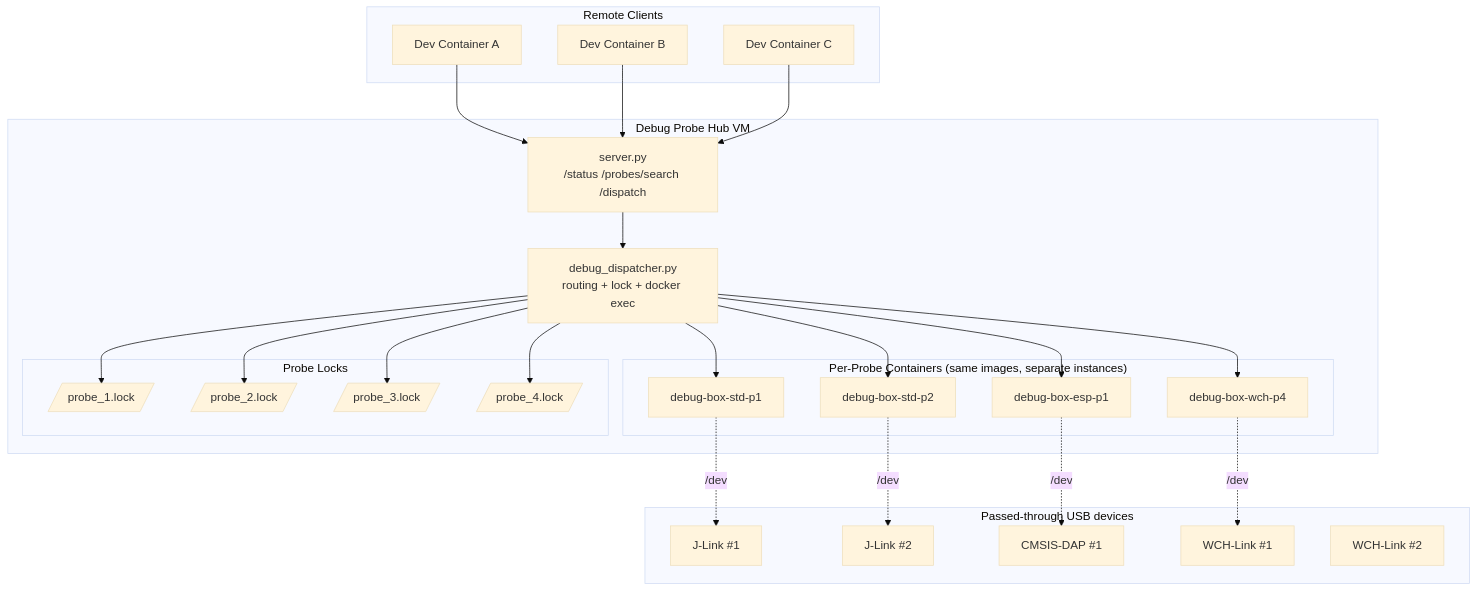
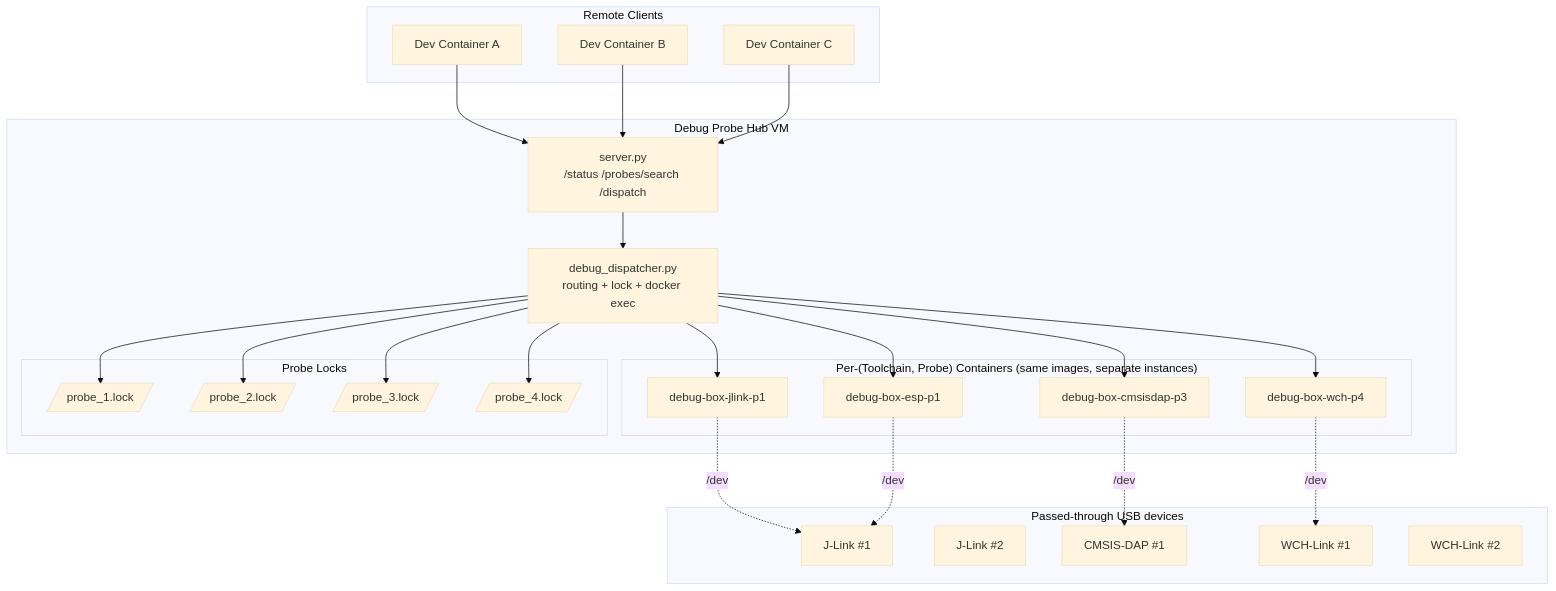
Before and after one commit to kazcomy/debug-probe-hub: the diagram in docs/architecture.md, drawn with Mermaid (base theme). The commit also changed other lines of this file and 12 other files, not shown here.

First line of the commit message:
feat(runtime): map containers per interface and remove ambiguous "standard" naming

````diff
--- a/docs/architecture.md
+++ b/docs/architecture.md
@@ -4,53 +4,53 @@
 ```mermaid
 flowchart TB
     subgraph Clients["Remote Clients"]
         R1[Dev Container A]
         R2[Dev Container B]
         R3[Dev Container C]
     end
 
     subgraph HubVM["Debug Probe Hub VM"]
         API[server.py\n/status /probes/search /dispatch]
         DISP[debug_dispatcher.py\nrouting + lock + docker exec]
 
-        subgraph CSet["Per-Probe Containers (same images, separate instances)"]
-            Cstd1[debug-box-std-p1]
-            Cstd2[debug-box-std-p2]
+        subgraph CSet["Per-(Toolchain, Probe) Containers (same images, separate instances)"]
+            Cjlink1[debug-box-jlink-p1]
+            Ccmsis3[debug-box-cmsisdap-p3]
             Cesp1[debug-box-esp-p1]
             Cwch4[debug-box-wch-p4]
         end
 
         subgraph Locks["Probe Locks"]
             L1[/probe_1.lock/]
             L2[/probe_2.lock/]
             L3[/probe_3.lock/]
             L4[/probe_4.lock/]
         end
     end
 
     subgraph USB["Passed-through USB devices"]
         P1[J-Link #1]
         P2[J-Link #2]
         P3[CMSIS-DAP #1]
         P4[WCH-Link #1]
         P5[WCH-Link #2]
     end
 
     R1 --> API
     R2 --> API
     R3 --> API
     API --> DISP
     DISP --> L1
     DISP --> L2
     DISP --> L3
     DISP --> L4
-    DISP --> Cstd1
-    DISP --> Cstd2
+    DISP --> Cjlink1
+    DISP --> Ccmsis3
     DISP --> Cesp1
     DISP --> Cwch4
 
-    Cstd1 -. "/dev" .-> P1
-    Cstd2 -. "/dev" .-> P2
-    Cesp1 -. "/dev" .-> P3
+    Cjlink1 -. "/dev" .-> P1
+    Ccmsis3 -. "/dev" .-> P3
+    Cesp1 -. "/dev" .-> P1
     Cwch4 -. "/dev" .-> P4
 ```
````
